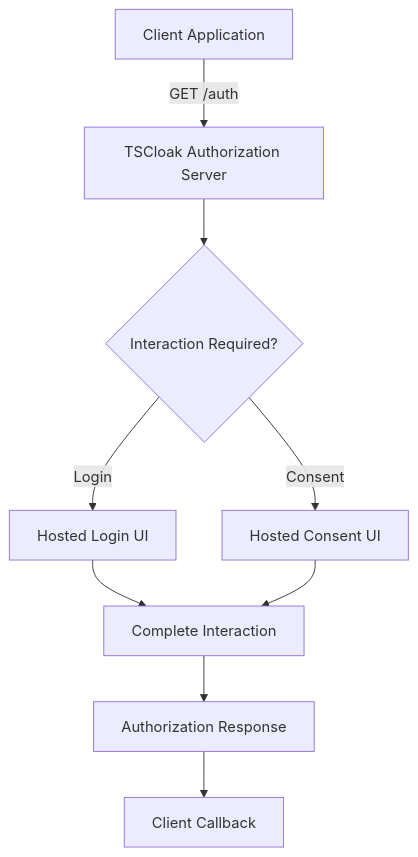
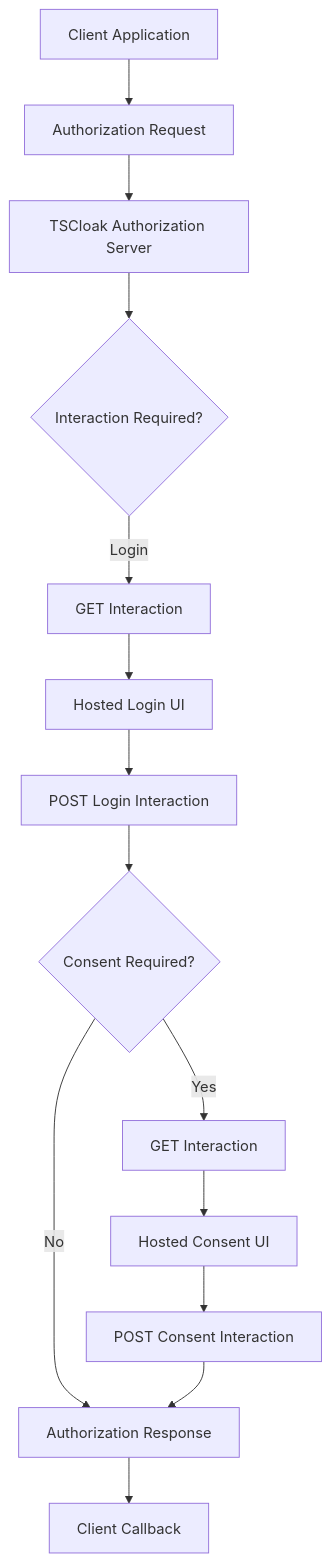
The third of 18 diagrams in README.md (TechSivaram/tscloak), drawn with Mermaid before and after one commit. The commit also changed other lines of this file, not shown here.

Commit message:
updated the readme with consent url

````diff
--- a/README.md
+++ b/README.md
@@ -162,11 +209,16 @@
 ```mermaid
 flowchart TD
-    A["Client Application"] -->|GET /auth| B["TSCloak Authorization Server"]
-    B --> C{"Interaction Required?"}
-    C -->|Login| D["Hosted Login UI"]
-    C -->|Consent| E["Hosted Consent UI"]
-    D --> F["Complete Interaction"]
-    E --> F
-    F --> G["Authorization Response"]
-    G --> H["Client Callback"]
+    A["Client Application"] --> B["Authorization Request"]
+    B --> C["TSCloak Authorization Server"]
+    C --> D{"Interaction Required?"}
+    D -->|Login| E["GET Interaction"]
+    E --> F["Hosted Login UI"]
+    F --> G["POST Login Interaction"]
+    G --> H{"Consent Required?"}
+    H -->|Yes| I["GET Interaction"]
+    I --> J["Hosted Consent UI"]
+    J --> K["POST Consent Interaction"]
+    H -->|No| L["Authorization Response"]
+    K --> L
+    L --> M["Client Callback"]
 ```
````
